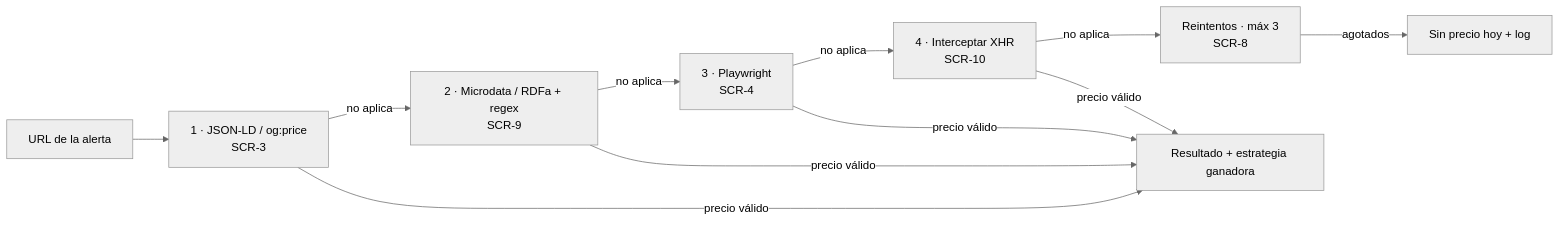
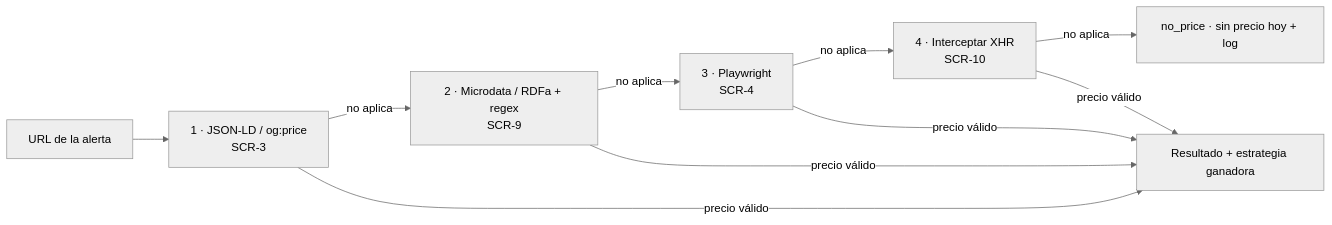
The second of 2 diagrams in _docs/requirements/requirements.md (vida-I-found-it/architecture), drawn with Mermaid (neutral theme) before and after one commit. The commit also changed other lines of this file and 16 other files, not shown here.

First line of the commit message:
docs(architecture): 🏗️ schedule sends one URL at a time to the scraper (ADR-0004)

````diff
--- a/_docs/requirements/requirements.md
+++ b/_docs/requirements/requirements.md
@@ -210,13 +214,12 @@
 ```mermaid
 graph LR
     U[URL de la alerta] --> E1[1 · JSON-LD / og:price<br/>SCR-3]
     E1 -->|no aplica| E2[2 · Microdata / RDFa + regex<br/>SCR-9]
     E2 -->|no aplica| E3[3 · Playwright<br/>SCR-4]
     E3 -->|no aplica| E4[4 · Interceptar XHR<br/>SCR-10]
-    E4 -->|no aplica| RT[Reintentos · máx 3<br/>SCR-8]
-    RT -->|agotados| X[Sin precio hoy + log]
+    E4 -->|no aplica| X[no_price · sin precio hoy + log]
     E1 -->|precio válido| OK[Resultado + estrategia ganadora]
     E2 -->|precio válido| OK
     E3 -->|precio válido| OK
     E4 -->|precio válido| OK
 ```
````
